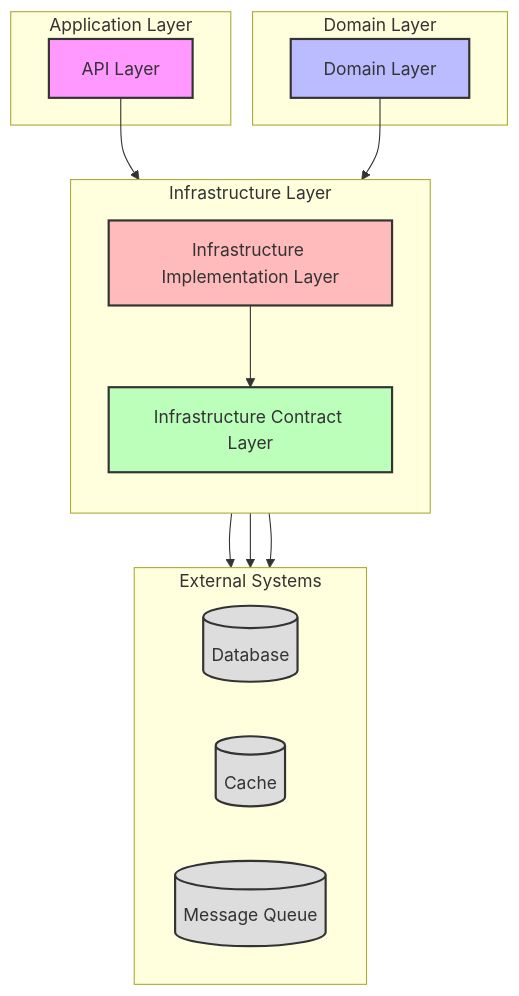
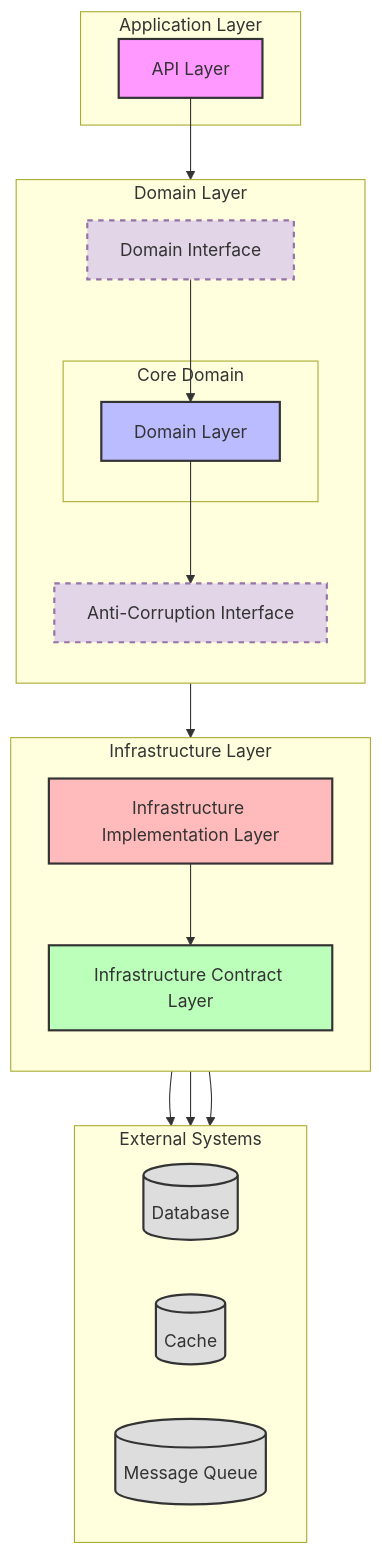
The diagram in README.md (coze-dev/coze-studio), drawn with Mermaid before and after one commit. The commit also changed 13 other files, not shown here.

Commit message:
feat: adjust Architecture overview

````diff
--- a/README.md
+++ b/README.md
@@ -7,38 +7,46 @@
 ```mermaid
 graph TB
     subgraph "Application Layer"
         API[API Layer]:::apiStyle
     end
 
     subgraph "Domain Layer"
-        Domain[Domain Layer]:::domainStyle
+        direction TB
+        DomainInterface[Domain Interface]:::interfaceStyle
+        subgraph "Core Domain"
+            Domain[Domain Layer]:::domainStyle
+        end
+        AntiCorruption[Anti-Corruption Interface]:::interfaceStyle
     end
 
     subgraph "Infrastructure Layer"
         direction TB
         Contract[Infrastructure Contract Layer]:::contractStyle
         Implementation[Infrastructure Implementation Layer]:::implStyle
     end
 
     subgraph "External Systems"
         direction LR
         DB[(Database)]:::externalStyle
         Cache[(Cache)]:::externalStyle
         Queue[(Message Queue)]:::externalStyle
     end
 
-    API --> Contract
-    Domain --> Contract
+    API --> DomainInterface
+    DomainInterface --> Domain
+    Domain --> AntiCorruption
+    AntiCorruption --> Contract
     Implementation --> Contract
     Implementation --> DB
     Implementation --> Cache
     Implementation --> Queue
 
+    classDef interfaceStyle fill:#e1d5e7,stroke:#9673a6,stroke-width:2px,stroke-dasharray: 5 5
     classDef apiStyle fill:#f9f,stroke:#333,stroke-width:2px
     classDef domainStyle fill:#bbf,stroke:#333,stroke-width:2px
     classDef contractStyle fill:#bfb,stroke:#333,stroke-width:2px
     classDef implStyle fill:#fbb,stroke:#333,stroke-width:2px
     classDef externalStyle fill:#ddd,stroke:#333,stroke-width:2px
 
 %% Note: The Infrastructure Contract Layer acts as a bridge between business logic and infrastructure implementations
 ```
````
